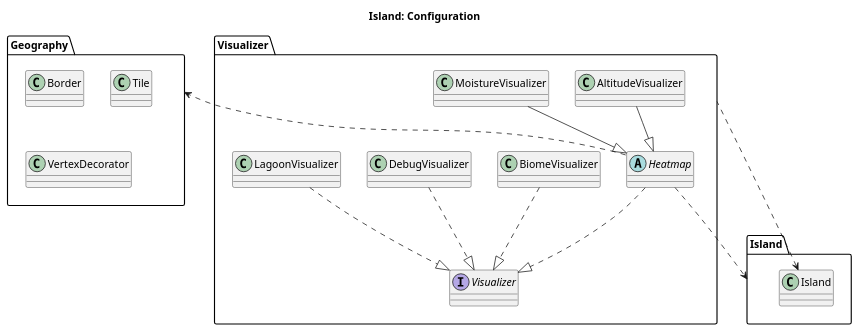
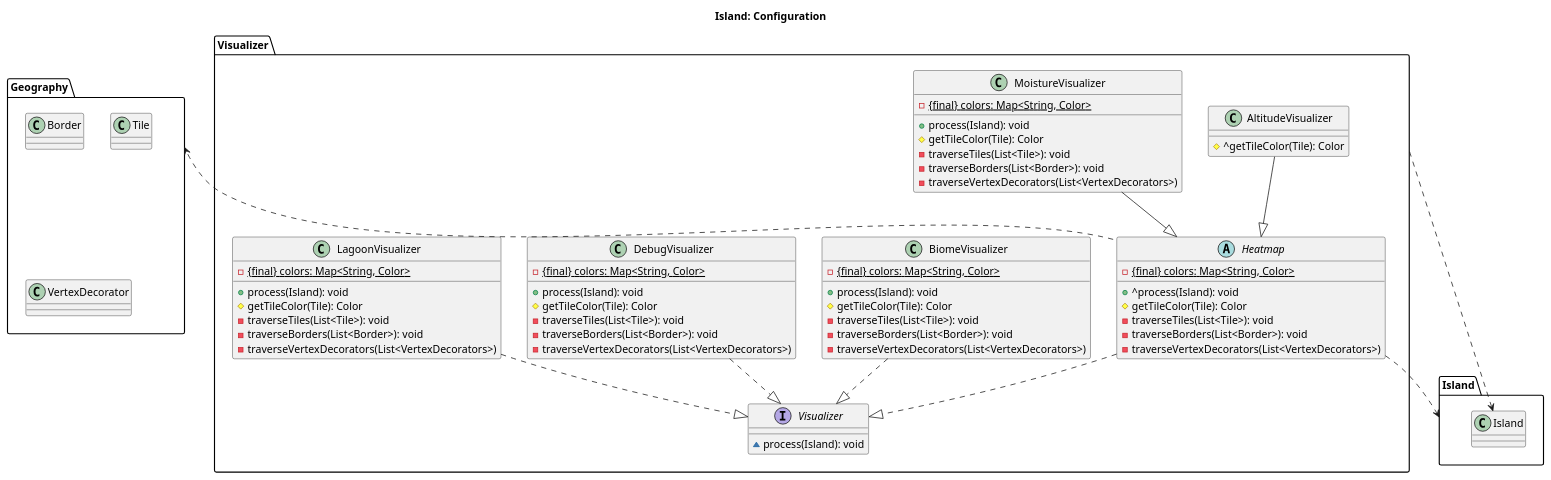
One commit to itshady/Island-Generator changed the diagram in umlDiagrams/A3/IndividualPackages/Visualizer/island_visual.puml. Above: the diagram before and after it, drawn with PlantUML. The commit also changed 5 other files, not shown here.

Commit message:
Edited UML diagrams for geography, specification, and visualizer packages

```diff
--- a/umlDiagrams/A3/IndividualPackages/Visualizer/island_visual.puml
+++ b/umlDiagrams/A3/IndividualPackages/Visualizer/island_visual.puml
@@ -1,47 +1,86 @@
 @startuml
 
 title Island: Configuration
 
 package Visualizer {
 
-  interface Visualizer
-  abstract class Heatmap
-  class AltitudeVisualizer
-  class BiomeVisualizer
-  class DebugVisualizer
-  class LagoonVisualizer
-  class MoistureVisualizer
+  interface Visualizer {
+    ~process(Island): void
+  }
+  abstract class Heatmap {
+    -{static}{final} colors: Map<String, Color>
+    +^process(Island): void
+    #getTileColor(Tile): Color
+    -traverseTiles(List<Tile>): void
+    -traverseBorders(List<Border>): void
+    -traverseVertexDecorators(List<VertexDecorators>)
+  }
+  class AltitudeVisualizer {
+    #^getTileColor(Tile): Color
+  }
+  class BiomeVisualizer {
+    -{static}{final} colors: Map<String, Color>
+    +process(Island): void
+    #getTileColor(Tile): Color
+    -traverseTiles(List<Tile>): void
+    -traverseBorders(List<Border>): void
+    -traverseVertexDecorators(List<VertexDecorators>)
+  }
+  class DebugVisualizer {
+    -{static}{final} colors: Map<String, Color>
+    +process(Island): void
+    #getTileColor(Tile): Color
+    -traverseTiles(List<Tile>): void
+    -traverseBorders(List<Border>): void
+    -traverseVertexDecorators(List<VertexDecorators>)
+  }
+  class LagoonVisualizer {
+    -{static}{final} colors: Map<String, Color>
+    +process(Island): void
+    #getTileColor(Tile): Color
+    -traverseTiles(List<Tile>): void
+    -traverseBorders(List<Border>): void
+    -traverseVertexDecorators(List<VertexDecorators>)
+  }
+  class MoistureVisualizer {
+    -{static}{final} colors: Map<String, Color>
+    +process(Island): void
+    #getTileColor(Tile): Color
+    -traverseTiles(List<Tile>): void
+    -traverseBorders(List<Border>): void
+    -traverseVertexDecorators(List<VertexDecorators>)
+  }
 
 }
 
 package Island {
 
   class Island
 
 }
 
 package Geography {
 
   class Border
   class Tile
   class VertexDecorator
 
 }
 
 AltitudeVisualizer --|> Visualizer.Heatmap
 
 BiomeVisualizer ..|> Visualizer.Visualizer
 
 DebugVisualizer ..|> Visualizer.Visualizer
 
 Heatmap ..|> Visualizer.Visualizer
 Heatmap .down.> Island
 Heatmap .up.> Geography
 
 LagoonVisualizer ..|> Visualizer.Visualizer
 
 MoistureVisualizer --|> Visualizer.Heatmap
 
 Visualizer .up.> Island.Island
 
 @enduml
```
